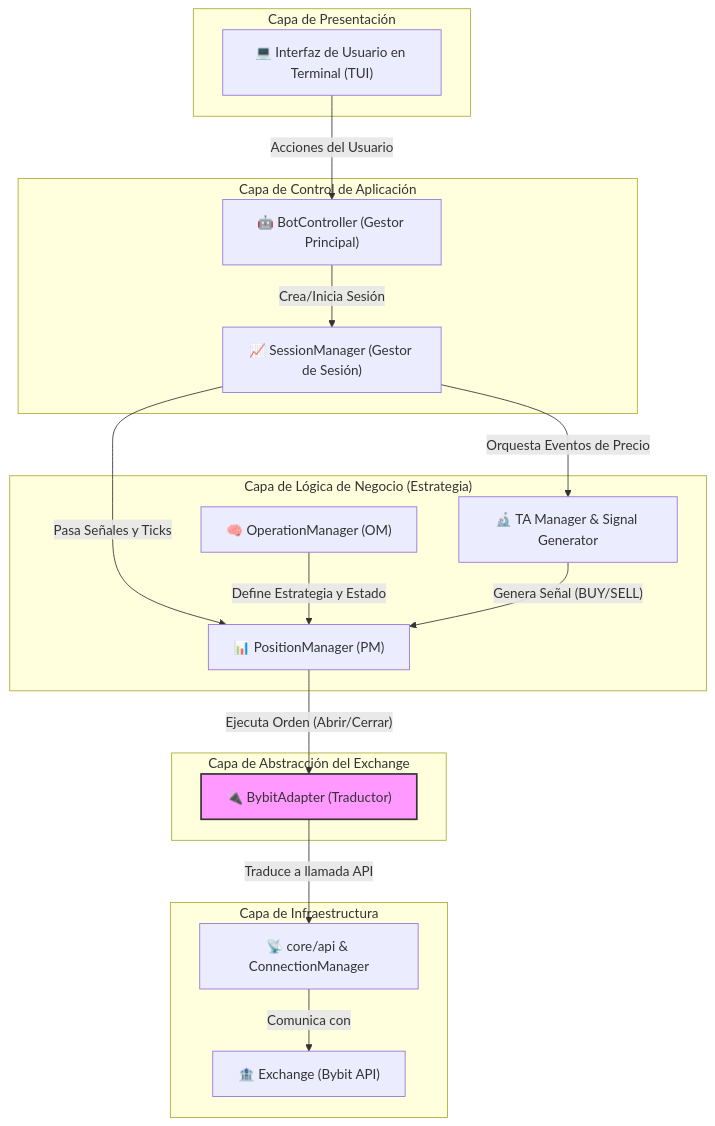
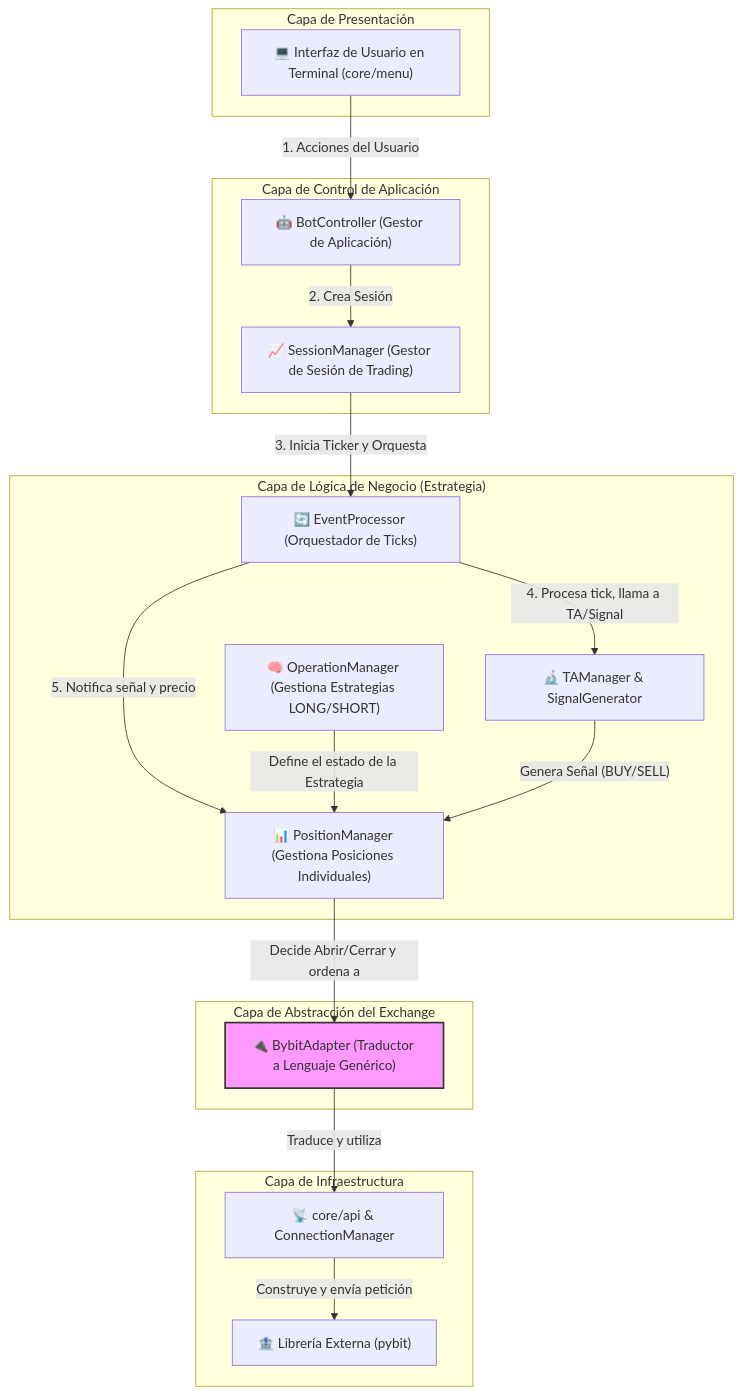
Before and after one commit to zantgo/bybit-futures-bot: the first of 4 diagrams in README.md, drawn with Mermaid. The commit also changed other lines of this file, not shown here.

````diff
--- a/README.md
+++ b/README.md
@@ -42,38 +49,40 @@
 ```mermaid
 graph TD
     subgraph "Capa de Presentación"
-        TUI["💻 Interfaz de Usuario en Terminal (TUI)"]
+        TUI["💻 Interfaz de Usuario en Terminal (core/menu)"]
     end
 
     subgraph "Capa de Control de Aplicación"
-        BotController["🤖 BotController (Gestor Principal)"]
-        SessionManager["📈 SessionManager (Gestor de Sesión)"]
+        BotController["🤖 BotController (Gestor de Aplicación)"]
+        SessionManager["📈 SessionManager (Gestor de Sesión de Trading)"]
     end
 
     subgraph "Capa de Lógica de Negocio (Estrategia)"
-        OM["🧠 OperationManager (OM)"]
-        PM["📊 PositionManager (PM)"]
-        TA_Signal["🔬 TA Manager & Signal Generator"]
+        OM["🧠 OperationManager (Gestiona Estrategias LONG/SHORT)"]
+        PM["📊 PositionManager (Gestiona Posiciones Individuales)"]
+        EventProcessor["🔄 EventProcessor (Orquestador de Ticks)"]
+        TA_Signal["🔬 TAManager & SignalGenerator"]
     end
 
     subgraph "Capa de Abstracción del Exchange"
         style Adapter fill:#f9f,stroke:#333,stroke-width:2px
-        Adapter["🔌 BybitAdapter (Traductor)"]
+        Adapter["🔌 BybitAdapter (Traductor a Lenguaje Genérico)"]
     end
 
     subgraph "Capa de Infraestructura"
         API["📡 core/api & ConnectionManager"]
-        Bybit["🏦 Exchange (Bybit API)"]
+        Pybit["🏦 Librería Externa (pybit)"]
     end
 
-    %% --- Conexiones y Flujo de Control ---
-    TUI -- "Acciones del Usuario" --> BotController
-    BotController -- "Crea/Inicia Sesión" --> SessionManager
-    SessionManager -- "Orquesta Eventos de Precio" --> TA_Signal
-    SessionManager -- "Pasa Señales y Ticks" --> PM
-    OM -- "Define Estrategia y Estado" --> PM
+    %% --- Flujo de Control y Dependencias ---
+    TUI -- "1. Acciones del Usuario" --> BotController
+    BotController -- "2. Crea Sesión" --> SessionManager
+    SessionManager -- "3. Inicia Ticker y Orquesta" --> EventProcessor
+    EventProcessor -- "4. Procesa tick, llama a TA/Signal" --> TA_Signal
+    EventProcessor -- "5. Notifica señal y precio" --> PM
+    OM -- "Define el estado de la Estrategia" --> PM
     TA_Signal -- "Genera Señal (BUY/SELL)" --> PM
-    PM -- "Ejecuta Orden (Abrir/Cerrar)" --> Adapter
-    Adapter -- "Traduce a llamada API" --> API
-    API -- "Comunica con" --> Bybit
+    PM -- "Decide Abrir/Cerrar y ordena a" --> Adapter
+    Adapter -- "Traduce y utiliza" --> API
+    API -- "Construye y envía petición" --> Pybit
 ```
````
